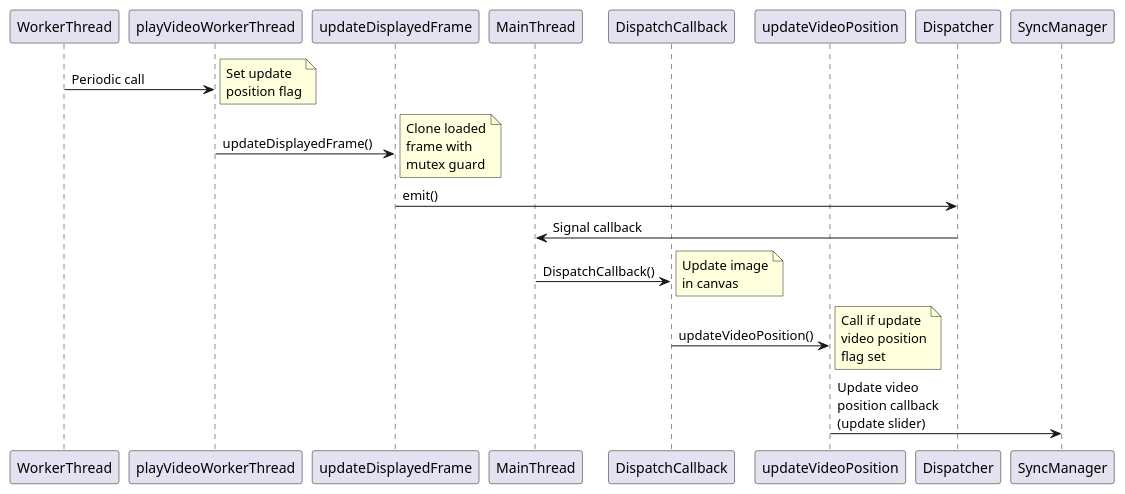
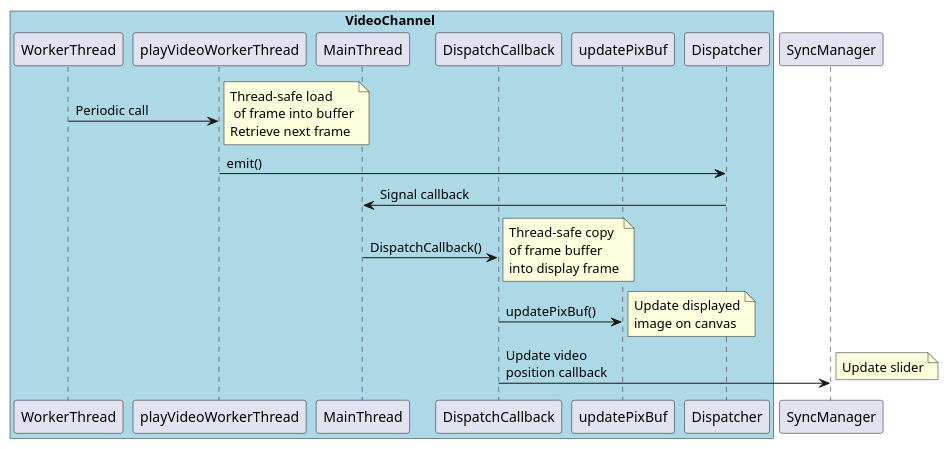
One commit to timwalsh41/SwingAnalyzer changed the first of 3 diagrams in design/Video channel frame update.md. Above: the diagram before and after it, drawn with PlantUML. The commit also changed other lines of this file and 3 other files, not shown here.

Commit message:
Intermediate commit Refactored frame update process in VideoChannel class, and updated documentation

````diff
--- a/design/Video channel frame update.md
+++ b/design/Video channel frame update.md
@@ -42,31 +14,31 @@
 ```plantuml
 
 @startuml
 
+box VideoChannel #LightBlue
 participant WorkerThread
 participant playVideoWorkerThread
-participant updateDisplayedFrame
 
 participant MainThread
 participant DispatchCallback
-participant updateVideoPosition
+participant updatePixBuf
 
 participant Dispatcher
+end box
 
 participant SyncManager
 
 WorkerThread -> playVideoWorkerThread : Periodic call
-note right: Set update\nposition flag
-playVideoWorkerThread -> updateDisplayedFrame : updateDisplayedFrame()
-note right: Clone loaded\nframe with\nmutex guard
-updateDisplayedFrame -> Dispatcher : emit()
+note right: Thread-safe load\n of frame into buffer\nRetrieve next frame
+playVideoWorkerThread -> Dispatcher : emit()
 Dispatcher -> MainThread : Signal callback
 MainThread -> DispatchCallback : DispatchCallback()
-note right: Update image\nin canvas
-DispatchCallback -> updateVideoPosition : updateVideoPosition()
-note right: Call if update\nvideo position\nflag set
-updateVideoPosition -> SyncManager : Update video\nposition callback\n(update slider)
+note right: Thread-safe copy\nof frame buffer\ninto display frame
+DispatchCallback -> updatePixBuf : updatePixBuf()
+note right: Update displayed\nimage on canvas
+DispatchCallback -> SyncManager : Update video\nposition callback
+note right: Update slider
 
 @enduml
 
 ```
````
